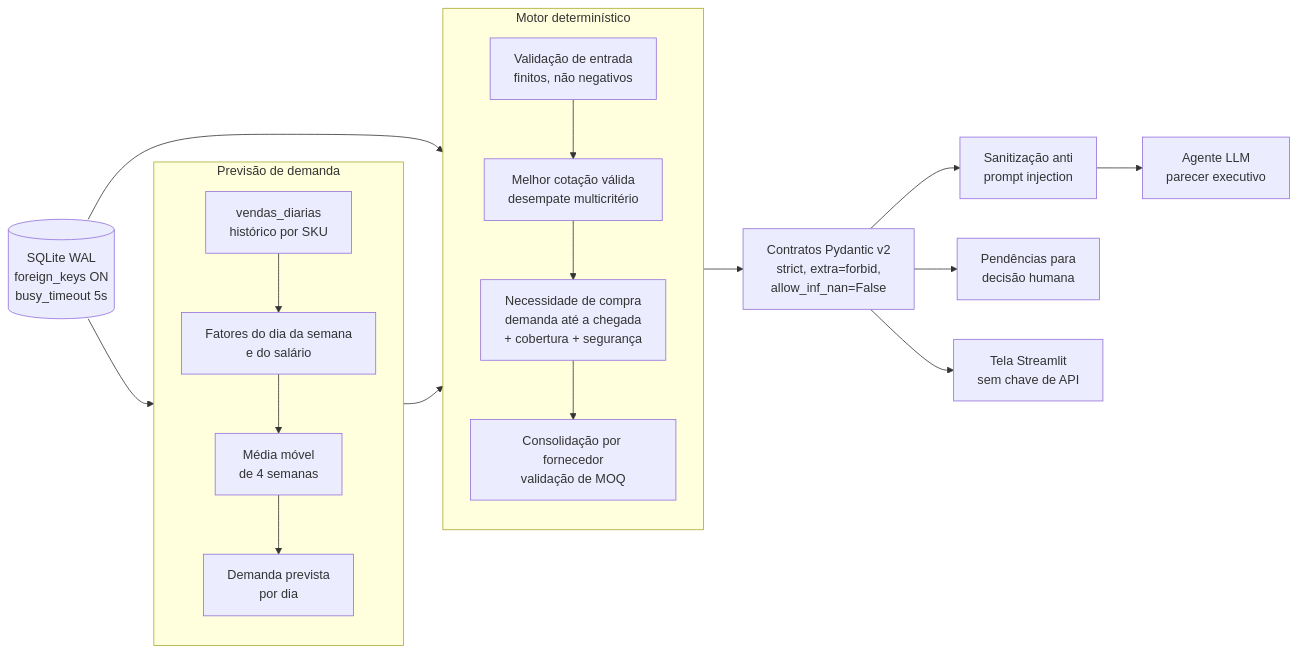
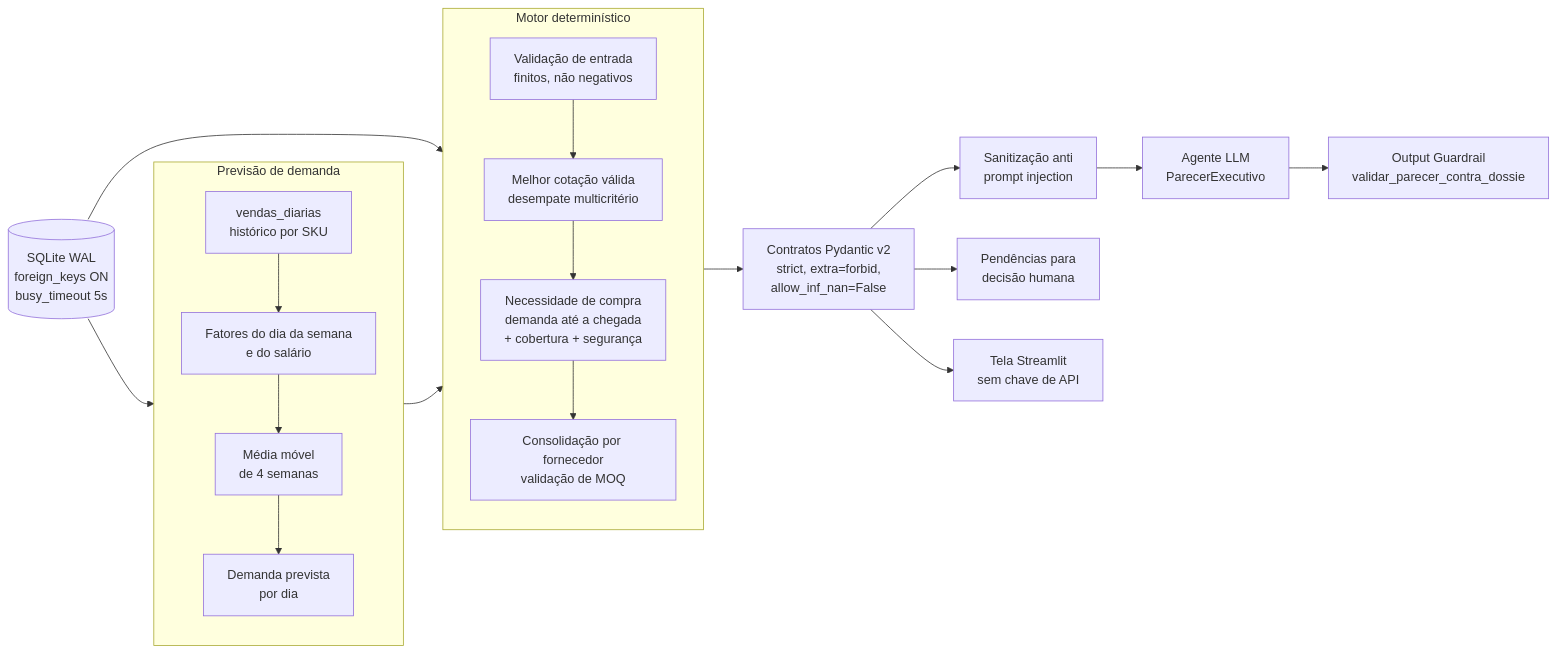
One commit to maxwellnasci/supermarket-procurement-agent changed the diagram in README.md. Above: the diagram before and after it, drawn with Mermaid. The commit also changed other lines of this file and 5 other files, not shown here.

````diff
--- a/README.md
+++ b/README.md
@@ -42,27 +39,28 @@
 ```mermaid
 flowchart LR
     DB[(SQLite WAL<br/>foreign_keys ON<br/>busy_timeout 5s)] --> F
     DB --> ENG
 
     subgraph F[Previsão de demanda]
         direction TB
         H[vendas_diarias<br/>histórico por SKU] --> FA[Fatores do dia da semana<br/>e do salário]
         FA --> MM[Média móvel<br/>de 4 semanas]
         MM --> P[Demanda prevista<br/>por dia]
     end
 
     F --> ENG
 
     subgraph ENG[Motor determinístico]
         direction TB
         V[Validação de entrada<br/>finitos, não negativos] --> Q[Melhor cotação válida<br/>desempate multicritério]
         Q --> N[Necessidade de compra<br/>demanda até a chegada<br/>+ cobertura + segurança]
         N --> M[Consolidação por fornecedor<br/>validação de MOQ]
     end
 
     ENG --> C[Contratos Pydantic v2<br/>strict, extra=forbid,<br/>allow_inf_nan=False]
     C --> S[Sanitização anti<br/>prompt injection]
-    S --> LLM[Agente LLM<br/>parecer executivo]
+    S --> LLM[Agente LLM<br/>ParecerExecutivo]
+    LLM --> G[Output Guardrail<br/>validar_parecer_contra_dossie]
     C --> H2[Pendências para<br/>decisão humana]
     C --> UI[Tela Streamlit<br/>sem chave de API]
 ```
````
